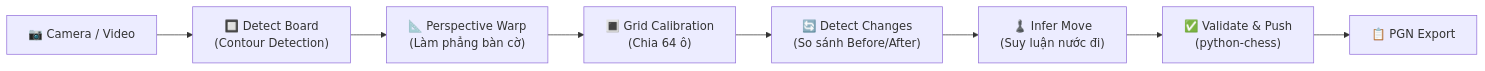
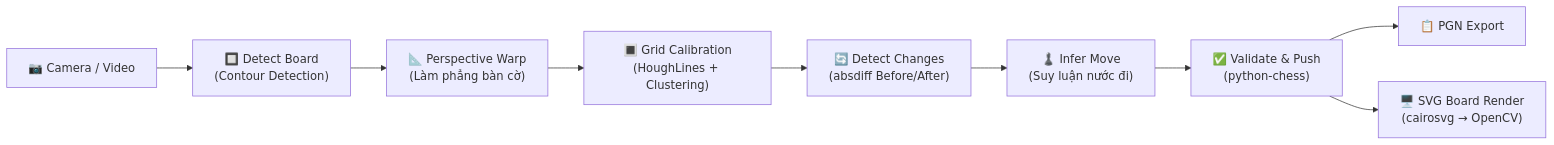
One commit to TrGiaHuy1710-valid/testChess changed the first of 2 diagrams in project_analysis.md. Above: the diagram before and after it, drawn with Mermaid. The commit also changed other lines of this file and 6 other files, not shown here.

````diff
--- a/project_analysis.md
+++ b/project_analysis.md
@@ -9,10 +9,11 @@
 ```mermaid
 graph LR
     A["📷 Camera / Video"] --> B["🔲 Detect Board<br/>(Contour Detection)"]
     B --> C["📐 Perspective Warp<br/>(Làm phẳng bàn cờ)"]
-    C --> D["🔳 Grid Calibration<br/>(Chia 64 ô)"]
-    D --> E["🔄 Detect Changes<br/>(So sánh Before/After)"]
+    C --> D["🔳 Grid Calibration<br/>(HoughLines + Clustering)"]
+    D --> E["🔄 Detect Changes<br/>(absdiff Before/After)"]
     E --> F["♟️ Infer Move<br/>(Suy luận nước đi)"]
     F --> G["✅ Validate & Push<br/>(python-chess)"]
     G --> H["📋 PGN Export"]
+    G --> I["🖥️ SVG Board Render<br/>(cairosvg → OpenCV)"]
 ```
````
